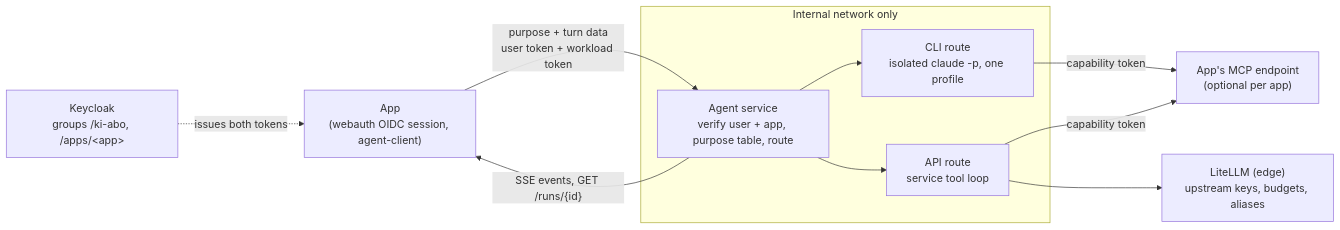
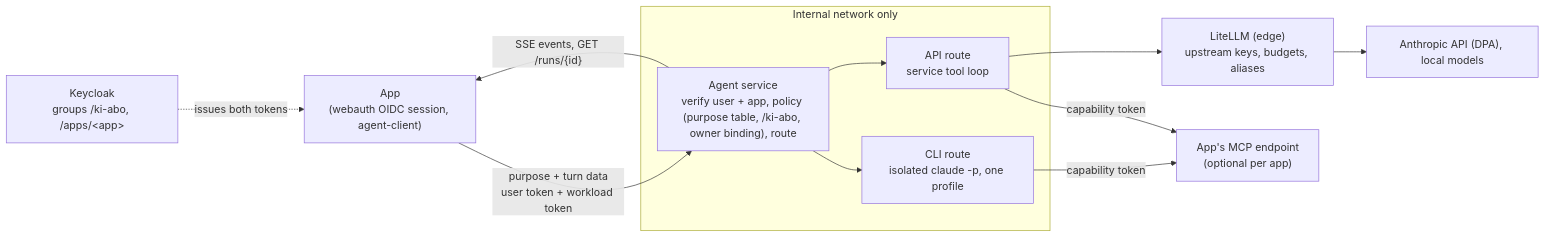
The diagram in docs/decisions/0001-agent-service.md (overnightworks/agent-providers), drawn with Mermaid before and after one commit.

Commit message:
docs(adr-0001): show the policy steps and LiteLLM upstreams from #18 in the target diagram

````diff
--- a/docs/decisions/0001-agent-service.md
+++ b/docs/decisions/0001-agent-service.md
@@ -31,21 +31,23 @@
 ```mermaid
 flowchart LR
     App["App<br/>(webauth OIDC session, agent-client)"]
     KC["Keycloak<br/>groups /ki-abo, /apps/&lt;app&gt;"]
     subgraph internal["Internal network only"]
-        Svc["Agent service<br/>verify user + app, purpose table, route"]
+        Svc["Agent service<br/>verify user + app, policy (purpose table, /ki-abo, owner binding), route"]
         CLI["CLI route<br/>isolated claude -p, one profile"]
         API["API route<br/>service tool loop"]
     end
     LLM["LiteLLM (edge)<br/>upstream keys, budgets, aliases"]
+    Up["Anthropic API (DPA), local models"]
     MCP["App's MCP endpoint<br/>(optional per app)"]
 
     App -- "purpose + turn data<br/>user token + workload token" --> Svc
     KC -. "issues both tokens" .-> App
     Svc --> CLI
     Svc --> API
     API --> LLM
+    LLM --> Up
     CLI -- "capability token" --> MCP
     API -- "capability token" --> MCP
     Svc -- "SSE events, GET /runs/{id}" --> App
 ```
````
